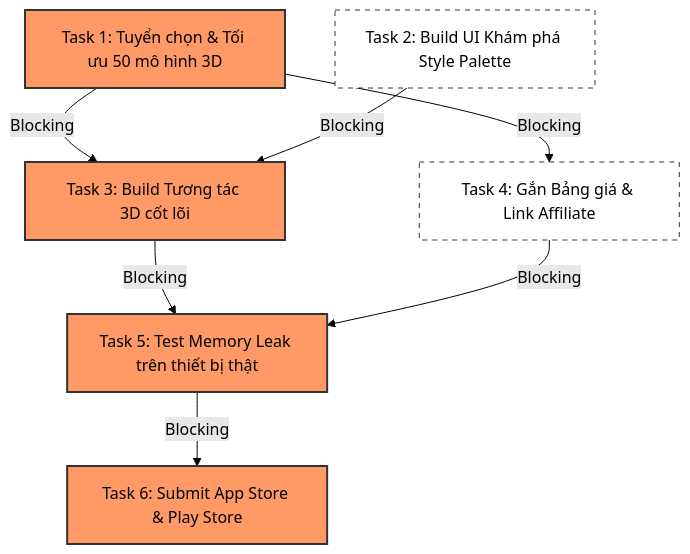
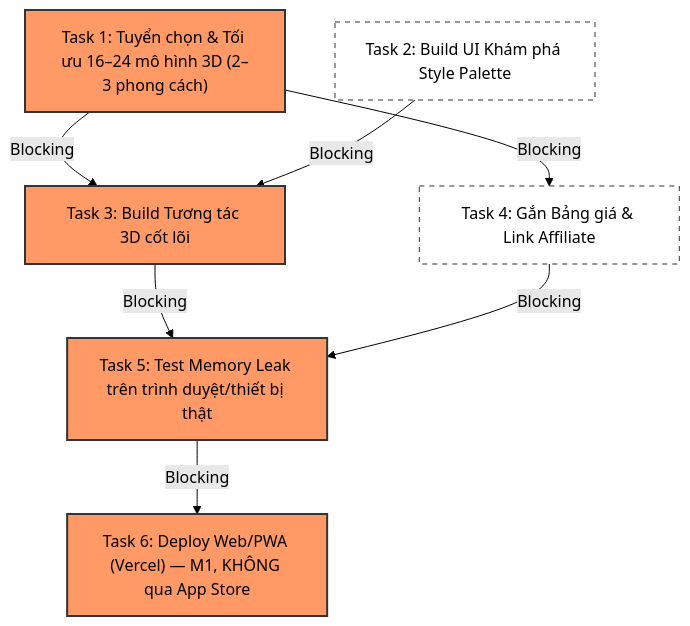
One commit to saig0nvang/Your-Space-Project changed the second of 2 diagrams in Product_research/Roadmap.md. Above: the diagram before and after it, drawn with Mermaid (forest theme). The commit also changed other lines of this file and 27 other files, not shown here.

````diff
--- a/Product_research/Roadmap.md
+++ b/Product_research/Roadmap.md
@@ -128,25 +146,25 @@
 ```mermaid
 graph TD
-    T1["Task 1: Tuyển chọn & Tối ưu 50 mô hình 3D"]
+    T1["Task 1: Tuyển chọn & Tối ưu 16–24 mô hình 3D (2–3 phong cách)"]
     T2["Task 2: Build UI Khám phá Style Palette"]
     T3["Task 3: Build Tương tác 3D cốt lõi"]
     T4["Task 4: Gắn Bảng giá & Link Affiliate"]
-    T5["Task 5: Test Memory Leak trên thiết bị thật"]
-    T6["Task 6: Submit App Store & Play Store"]
+    T5["Task 5: Test Memory Leak trên trình duyệt/thiết bị thật"]
+    T6["Task 6: Deploy Web/PWA (Vercel) — M1, KHÔNG qua App Store"]
 
     T1 -->|Blocking| T3
     T1 -->|Blocking| T4
     T2 -->|Blocking| T3
     T3 -->|Blocking| T5
     T4 -->|Blocking| T5
     T5 -->|Blocking| T6
 
     %% Định dạng Critical Path
     style T1 fill:#f96,stroke:#333,stroke-width:2px,color:#000
     style T3 fill:#f96,stroke:#333,stroke-width:2px,color:#000
     style T5 fill:#f96,stroke:#333,stroke-width:2px,color:#000
     style T6 fill:#f96,stroke:#333,stroke-width:2px,color:#000
     
     style T2 fill:#fff,stroke:#333,stroke-width:1px,stroke-dasharray: 5 5
     style T4 fill:#fff,stroke:#333,stroke-width:1px,stroke-dasharray: 5 5
 ```
````
